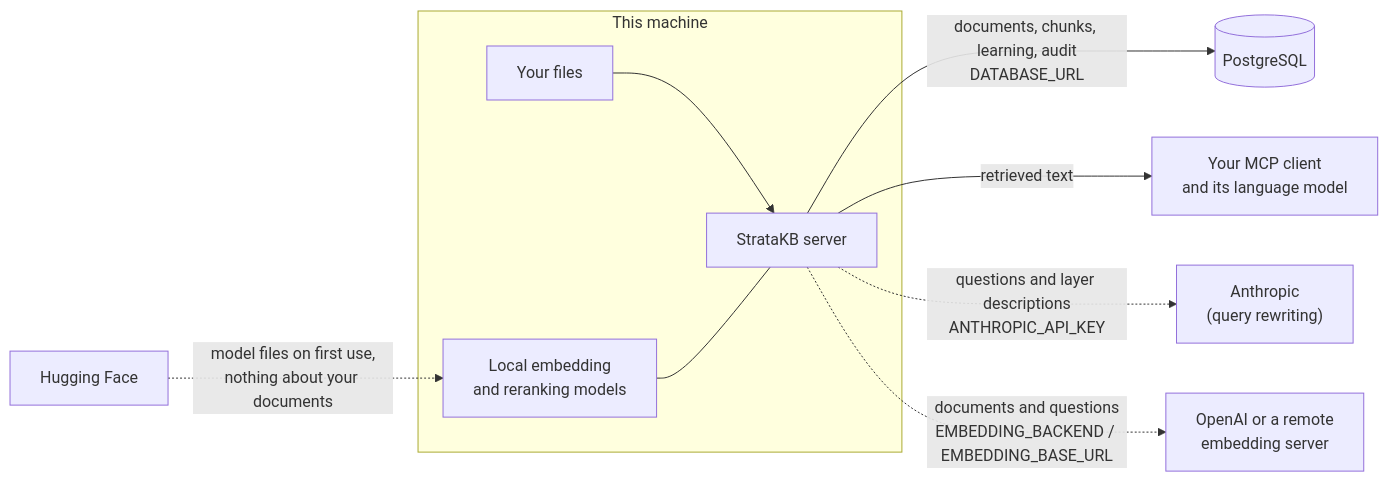
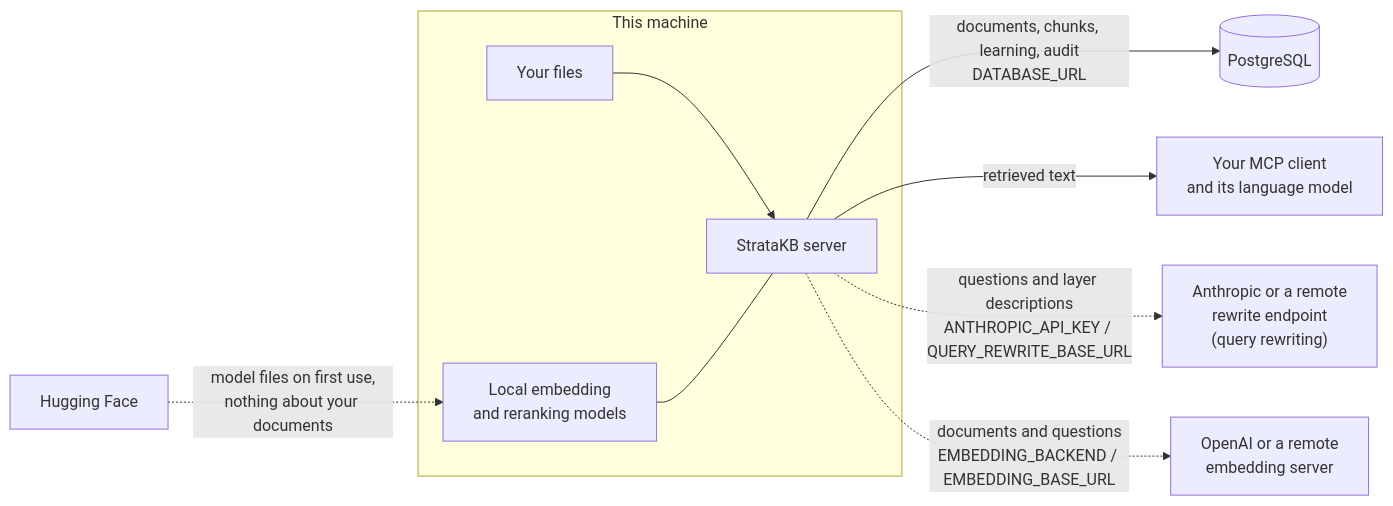
Before and after one commit to boudou/StrataKB: the eighth of 9 diagrams in README.md, drawn with Mermaid. The commit also changed other lines of this file and 7 other files, not shown here.

First line of the commit message:
Rewrite through an OpenAI-compatible endpoint

````diff
--- a/README.md
+++ b/README.md
@@ -278,12 +298,12 @@
 ```mermaid
 flowchart LR
     subgraph local["This machine"]
         files["Your files"] --> server["StrataKB server"]
         models["Local embedding<br/>and reranking models"] --- server
     end
     server -->|"documents, chunks, learning, audit<br/>DATABASE_URL"| pg[("PostgreSQL")]
     server -->|"retrieved text"| client["Your MCP client<br/>and its language model"]
-    server -.->|"questions and layer descriptions<br/>ANTHROPIC_API_KEY"| anthropic["Anthropic<br/>(query rewriting)"]
+    server -.->|"questions and layer descriptions<br/>ANTHROPIC_API_KEY / QUERY_REWRITE_BASE_URL"| anthropic["Anthropic or a remote<br/>rewrite endpoint<br/>(query rewriting)"]
     server -.->|"documents and questions<br/>EMBEDDING_BACKEND / EMBEDDING_BASE_URL"| emb["OpenAI or a remote<br/>embedding server"]
     hf["Hugging Face"] -.->|"model files on first use,<br/>nothing about your documents"| models
 ```
````
